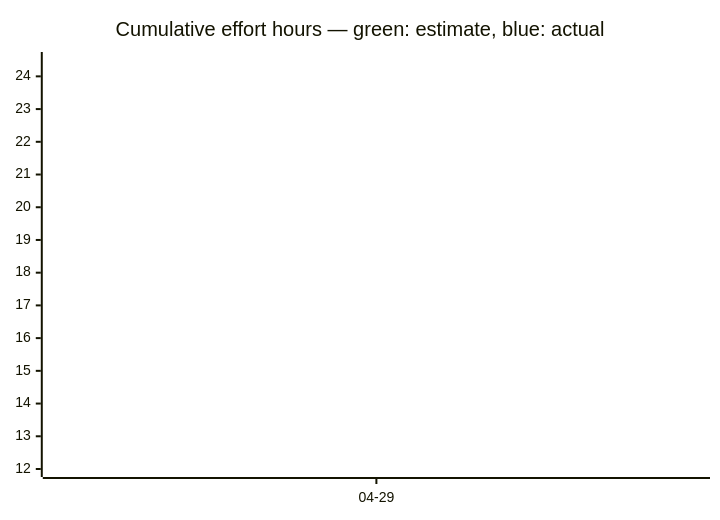
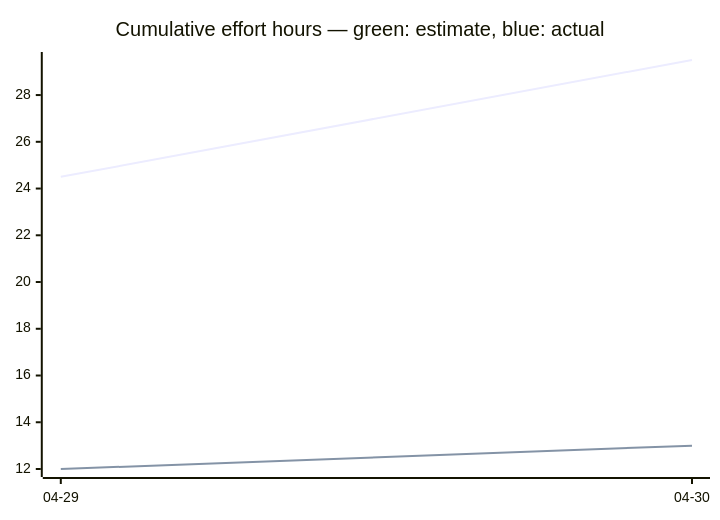
The third of 3 diagrams in docs/developers/tasks/OVERVIEW.md (tgd1975/AwesomeStudioPedal), drawn with Mermaid before and after one commit. The commit also changed other lines of this file and 3 other files, not shown here.

````diff
--- a/docs/developers/tasks/OVERVIEW.md
+++ b/docs/developers/tasks/OVERVIEW.md
@@ -38,7 +38,7 @@
 ```mermaid
 xychart-beta
     title "Cumulative effort hours — green: estimate, blue: actual"
-    x-axis ["04-29"]
-    line [24.5]
-    line [12]
+    x-axis ["04-29", "04-30"]
+    line [24.5, 29.5]
+    line [12, 13]
 ```
````
